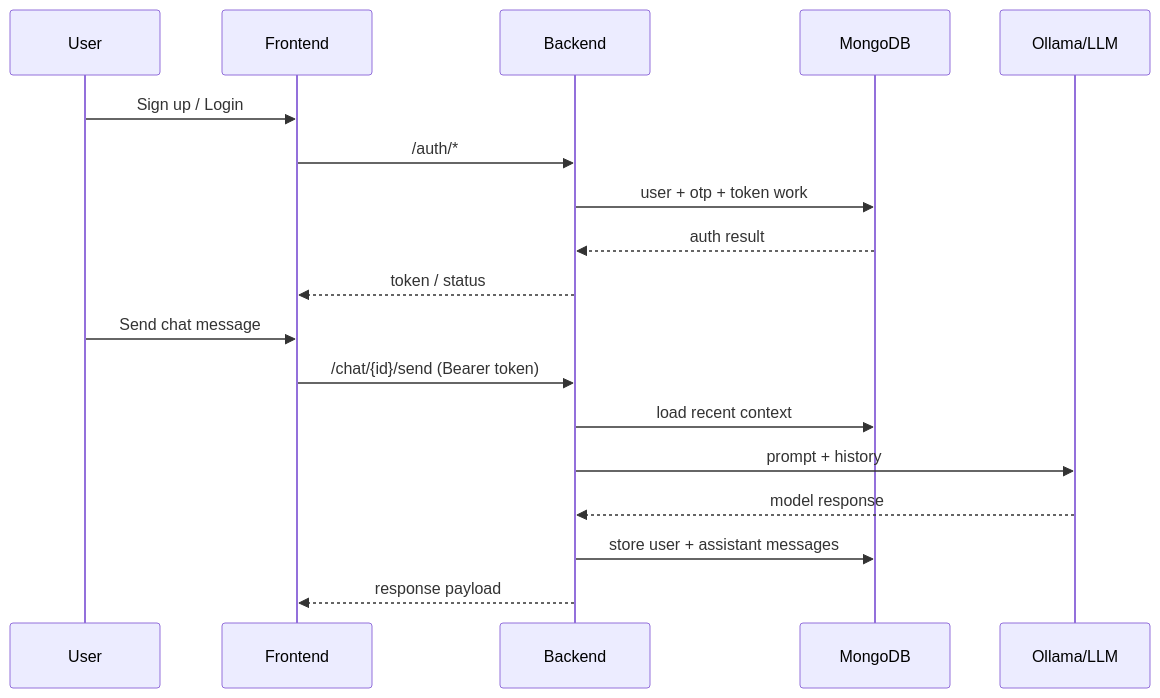
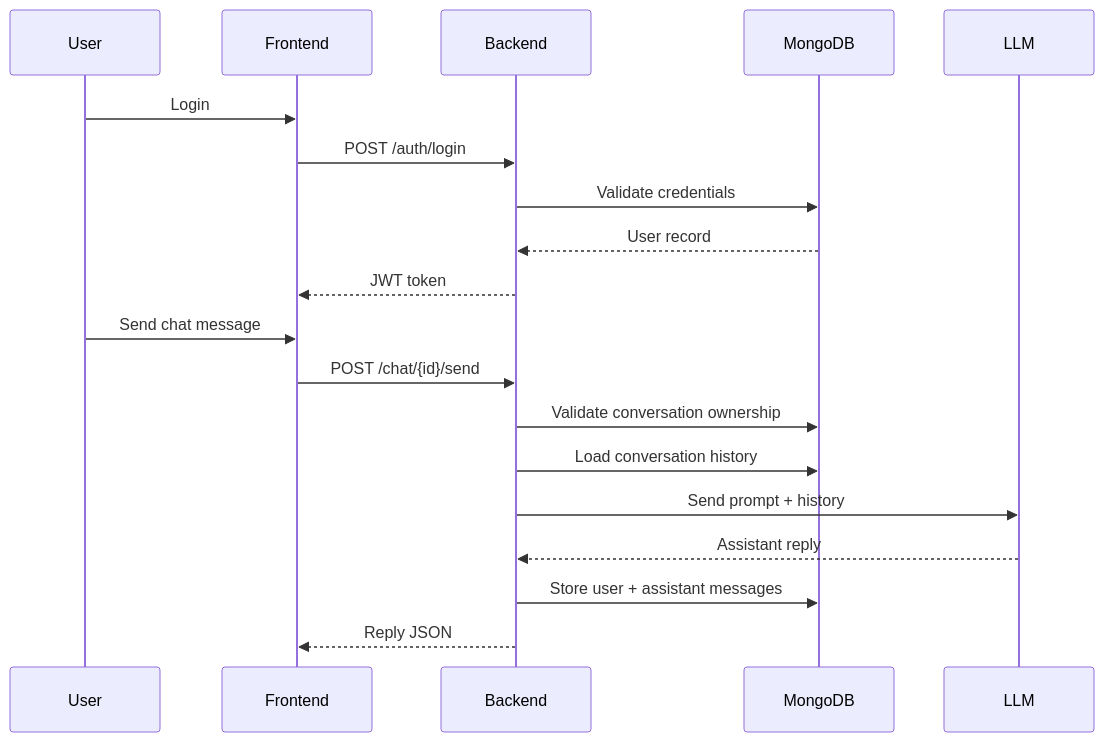
Before and after one commit to Hemanthlokesh1705/LinguaMentor: the second of 2 diagrams in README.md, drawn with Mermaid. The commit also changed other lines of this file, not shown here.

````diff
--- a/README.md
+++ b/README.md
@@ -54,22 +56,23 @@
 ```mermaid
 sequenceDiagram
     participant User
     participant Frontend
     participant Backend
-    participant DB as MongoDB
-    participant LLM as Ollama/LLM
+    participant MongoDB
+    participant LLM
 
-    User->>Frontend: Sign up / Login
-    Frontend->>Backend: /auth/*
-    Backend->>DB: user + otp + token work
-    DB-->>Backend: auth result
-    Backend-->>Frontend: token / status
+    User->>Frontend: Login
+    Frontend->>Backend: POST /auth/login
+    Backend->>MongoDB: Validate credentials
+    MongoDB-->>Backend: User record
+    Backend-->>Frontend: JWT token
 
     User->>Frontend: Send chat message
-    Frontend->>Backend: /chat/{id}/send (Bearer token)
-    Backend->>DB: load recent context
-    Backend->>LLM: prompt + history
-    LLM-->>Backend: model response
-    Backend->>DB: store user + assistant messages
-    Backend-->>Frontend: response payload
+    Frontend->>Backend: POST /chat/{id}/send
+    Backend->>MongoDB: Validate conversation ownership
+    Backend->>MongoDB: Load conversation history
+    Backend->>LLM: Send prompt + history
+    LLM-->>Backend: Assistant reply
+    Backend->>MongoDB: Store user + assistant messages
+    Backend-->>Frontend: Reply JSON
 ```
````
